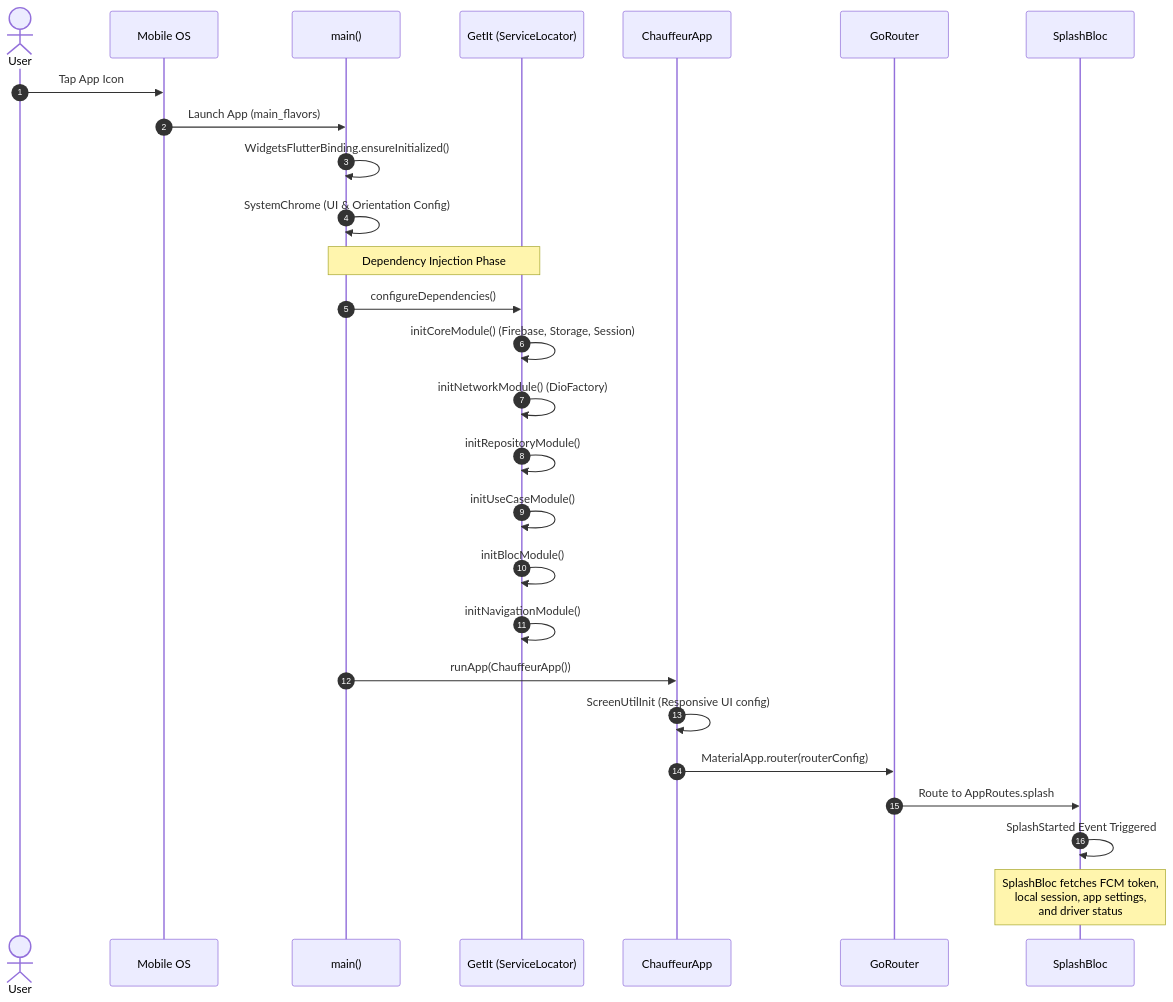
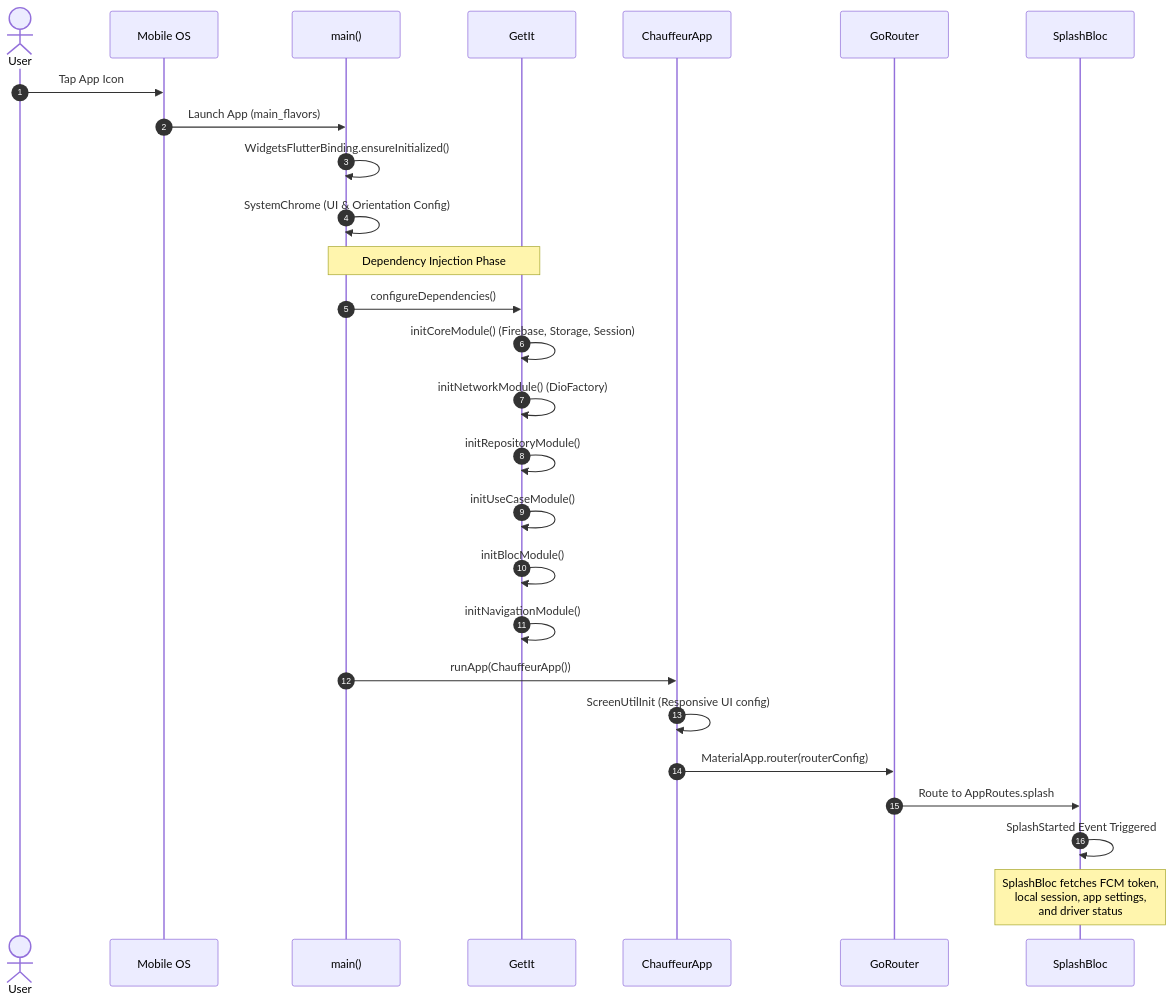
One commit to eng-ahmed-younis/Chauffeur-Hub changed the first of 3 diagrams in README.md. Above: the diagram before and after it, drawn with Mermaid.

Commit message:
docs: update README with app startup sequence and dependency injection flow

````diff
--- a/README.md
+++ b/README.md
@@ -169,32 +169,32 @@
 ```mermaid
 sequenceDiagram
     autonumber
     actor User
     participant OS as Mobile OS
     participant Main as main()
-    participant DI as GetIt (ServiceLocator)
+    participant DI as GetIt
     participant App as ChauffeurApp
     participant Router as GoRouter
     participant Splash as SplashBloc
 
     User->>OS: Tap App Icon
     OS->>Main: Launch App (main_flavors)
     Main->>Main: WidgetsFlutterBinding.ensureInitialized()
     Main->>Main: SystemChrome (UI & Orientation Config)
 
     note over Main,DI: Dependency Injection Phase
     Main->>DI: configureDependencies()
     DI->>DI: initCoreModule() (Firebase, Storage, Session)
     DI->>DI: initNetworkModule() (DioFactory)
     DI->>DI: initRepositoryModule()
     DI->>DI: initUseCaseModule()
     DI->>DI: initBlocModule()
     DI->>DI: initNavigationModule()
 
     Main->>App: runApp(ChauffeurApp())
     App->>App: ScreenUtilInit (Responsive UI config)
     App->>Router: MaterialApp.router(routerConfig)
     Router->>Splash: Route to AppRoutes.splash
     Splash->>Splash: SplashStarted Event Triggered
     note over Splash: SplashBloc fetches FCM token,<br>local session, app settings,<br>and driver status
 ```
````
